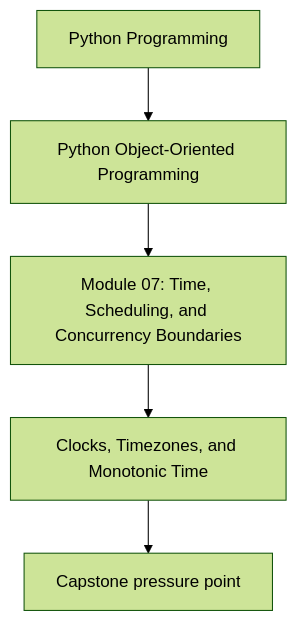
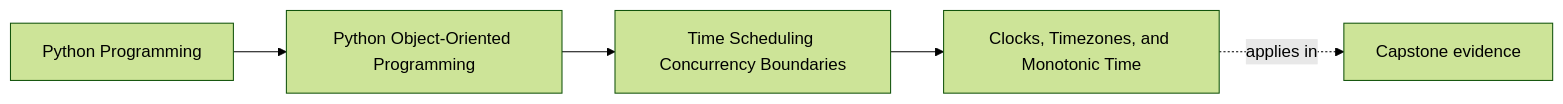
Before and after one commit to bijux/bijux-masterclass: the first of 2 diagrams in programs/python-programming/python-object-oriented-programming/course-book/module-07-time-scheduling-concurrency-boundaries/clocks-timezones-and-monotonic-time.md, drawn with Mermaid (forest theme). The commit also changed other lines of this file and 103 other files, not shown here.

Commit message:
docs(python-object-oriented-programming): map sustainment and capstone surfaces

````diff
--- a/programs/python-programming/python-object-oriented-programming/course-book/module-07-time-scheduling-concurrency-boundaries/clocks-timezones-and-monotonic-time.md
+++ b/programs/python-programming/python-object-oriented-programming/course-book/module-07-time-scheduling-concurrency-boundaries/clocks-timezones-and-monotonic-time.md
@@ -7,7 +7,11 @@
 ```mermaid
-flowchart TD
-  family["Python Programming"] --> program["Python Object-Oriented Programming"]
-  program --> module["Module 07: Time, Scheduling, and Concurrency Boundaries"]
-  module --> concept["Clocks, Timezones, and Monotonic Time"]
-  concept --> capstone["Capstone pressure point"]
+graph LR
+  family["Python Programming"]
+  program["Python Object-Oriented Programming"]
+  section["Time Scheduling Concurrency Boundaries"]
+  page["Clocks, Timezones, and Monotonic Time"]
+  capstone["Capstone evidence"]
+
+  family --> program --> section --> page
+  page -.applies in.-> capstone
 ```
````
